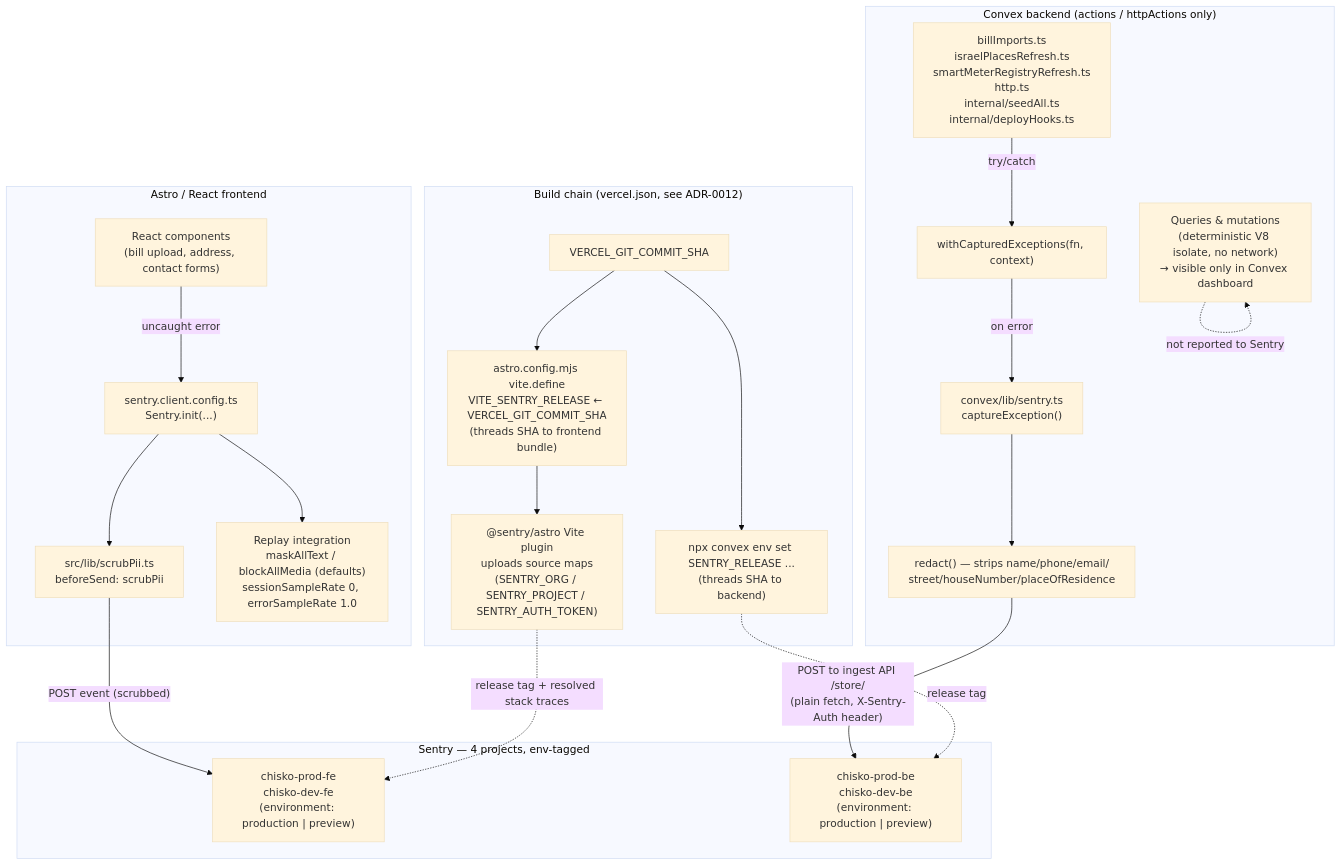
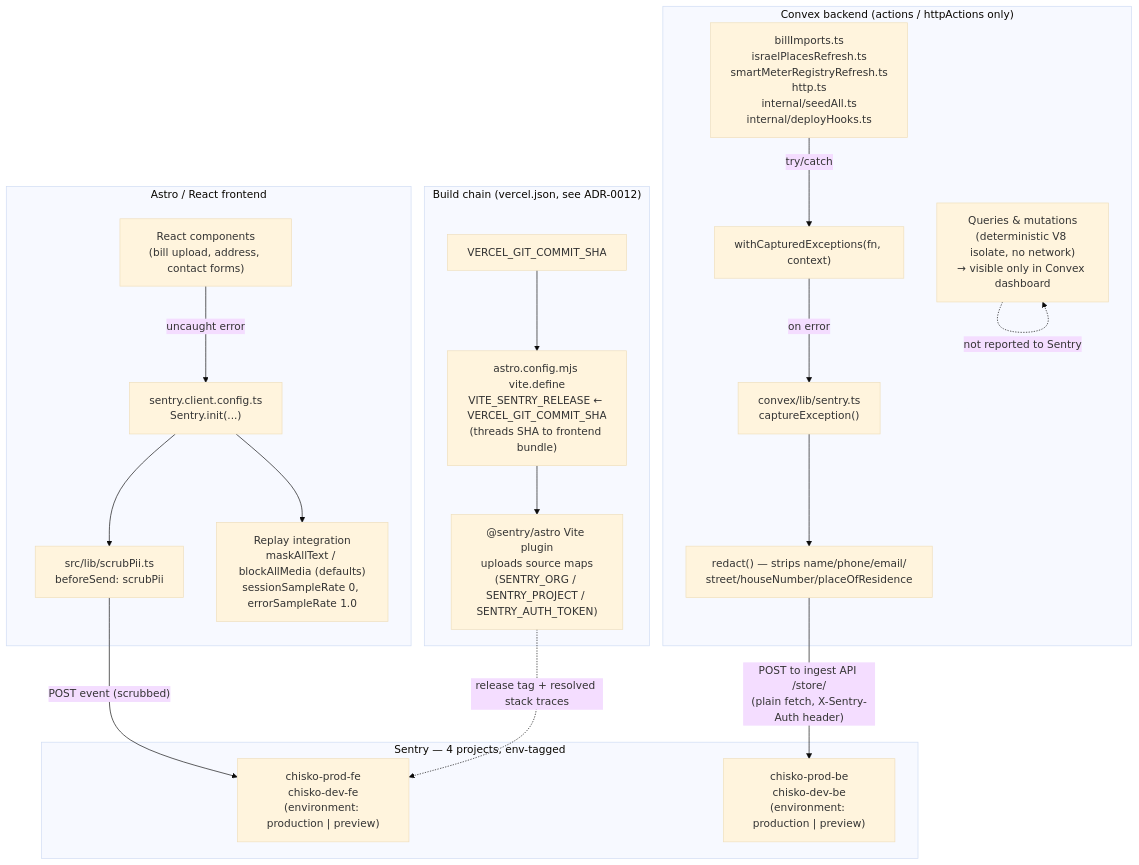
The diagram in docs/sentry-integration-diagram.md (jmjpro/chisko), drawn with Mermaid (base theme) before and after one commit. The commit also changed 2 other files, not shown here.

Commit message:
fix: remove convex env set step that broke the Vercel build
CONVEX_DEPLOY_KEY (prod and preview) cannot call admin-API
operations like WriteEnvironmentVariables, so the buildCommand's
`npx convex env set SENTRY_RELEASE ...` step 403'd on every deploy
right after CHI-40 merged — same class of limitation as the
RunInternalActions issue in ADR-0012. Backend release tagging is no
longer threaded automatically; frontend release tagging via Vite
define is unaffected.

Fixes CHI-41

````diff
--- a/docs/sentry-integration-diagram.md
+++ b/docs/sentry-integration-diagram.md
@@ -6,48 +6,45 @@
 ```mermaid
 flowchart TB
     subgraph Frontend["Astro / React frontend"]
         FE_CODE["React components<br/>(bill upload, address, contact forms)"]
         FE_INIT["sentry.client.config.ts<br/>Sentry.init(...)"]
         FE_SCRUB["src/lib/scrubPii.ts<br/>beforeSend: scrubPii"]
         FE_REPLAY["Replay integration<br/>maskAllText / blockAllMedia (defaults)<br/>sessionSampleRate 0, errorSampleRate 1.0"]
 
         FE_CODE -- "uncaught error" --> FE_INIT
         FE_INIT --> FE_SCRUB
         FE_INIT --> FE_REPLAY
     end
 
     subgraph Backend["Convex backend (actions / httpActions only)"]
         BE_SITES["billImports.ts<br/>israelPlacesRefresh.ts<br/>smartMeterRegistryRefresh.ts<br/>http.ts<br/>internal/seedAll.ts<br/>internal/deployHooks.ts"]
         BE_WRAP["withCapturedExceptions(fn, context)"]
         BE_HELPER["convex/lib/sentry.ts<br/>captureException()"]
         BE_REDACT["redact() — strips name/phone/email/<br/>street/houseNumber/placeOfResidence"]
         BE_NOACCESS["Queries & mutations<br/>(deterministic V8 isolate, no network)<br/>→ visible only in Convex dashboard"]
 
         BE_SITES -- "try/catch" --> BE_WRAP
         BE_WRAP -- "on error" --> BE_HELPER
         BE_HELPER --> BE_REDACT
     end
 
     FE_SCRUB -- "POST event (scrubbed)" --> SENTRY_FE
     BE_REDACT -- "POST to ingest API /store/<br/>(plain fetch, X-Sentry-Auth header)" --> SENTRY_BE
 
     subgraph Sentry["Sentry — 4 projects, env-tagged"]
         SENTRY_FE["chisko-prod-fe<br/>chisko-dev-fe<br/>(environment: production | preview)"]
         SENTRY_BE["chisko-prod-be<br/>chisko-dev-be<br/>(environment: production | preview)"]
     end
 
     subgraph Build["Build chain (vercel.json, see ADR-0012)"]
         VERCEL_SHA["VERCEL_GIT_COMMIT_SHA"]
-        CONVEX_SET["npx convex env set SENTRY_RELEASE ...<br/>(threads SHA to backend)"]
         VITE_DEFINE["astro.config.mjs vite.define<br/>VITE_SENTRY_RELEASE ← VERCEL_GIT_COMMIT_SHA<br/>(threads SHA to frontend bundle)"]
         SOURCEMAPS["@sentry/astro Vite plugin<br/>uploads source maps<br/>(SENTRY_ORG / SENTRY_PROJECT / SENTRY_AUTH_TOKEN)"]
 
-        VERCEL_SHA --> CONVEX_SET
         VERCEL_SHA --> VITE_DEFINE
         VITE_DEFINE --> SOURCEMAPS
     end
 
-    CONVEX_SET -. "release tag" .-> SENTRY_BE
     SOURCEMAPS -. "release tag + resolved stack traces" .-> SENTRY_FE
     BE_NOACCESS -.->|"not reported to Sentry"| BE_NOACCESS
 ```
````
